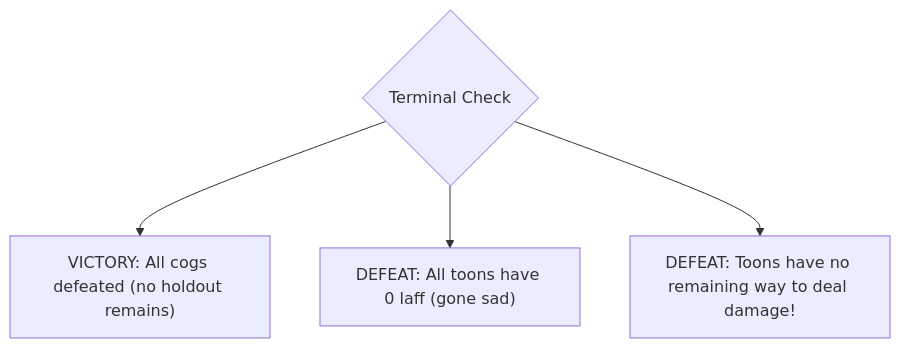
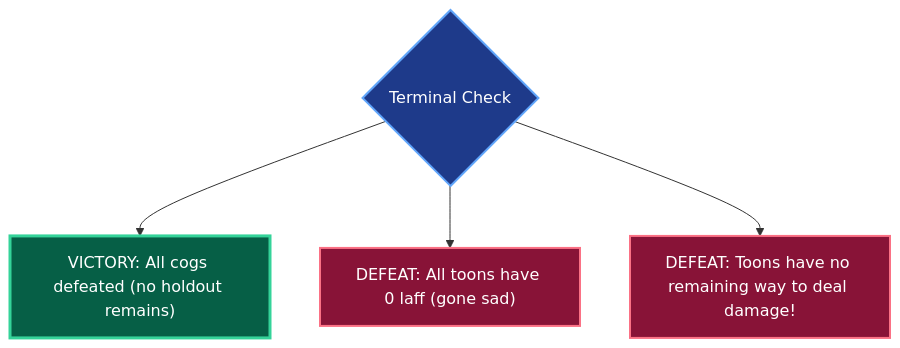
Before and after one commit to Angle-Brackets/TTRSolver: the fourth of 4 diagrams in docs/mechanics-notes.md, drawn with Mermaid. The commit also changed other lines of this file and 9 other files, not shown here.

Commit message:
docs: color-code all Mermaid diagrams with distinct visual themes

````diff
--- a/docs/mechanics-notes.md
+++ b/docs/mechanics-notes.md
@@ -290,6 +328,14 @@
 ```mermaid
 flowchart TD
+    classDef checkNode fill:#1e3a8a,stroke:#60a5fa,stroke-width:2px,color:#ffffff
+    classDef winNode fill:#065f46,stroke:#34d399,stroke-width:3px,color:#ffffff
+    classDef lossNode fill:#881337,stroke:#fb7185,stroke-width:2px,color:#ffffff
+
     EndCheck{"Terminal Check"} --> W["VICTORY: All cogs defeated (no holdout remains)"]
     EndCheck --> L1["DEFEAT: All toons have 0 laff (gone sad)"]
     EndCheck --> L2["DEFEAT: Toons have no remaining way to deal damage!"]
+
+    class EndCheck checkNode
+    class W winNode
+    class L1,L2 lossNode
 ```
````
